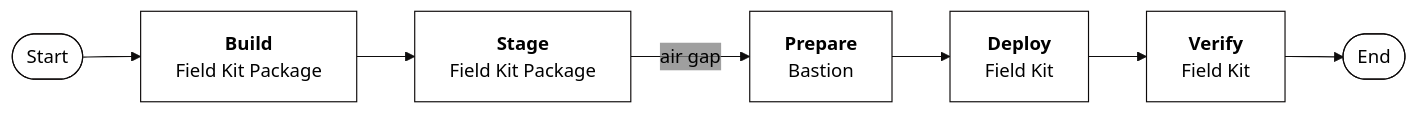
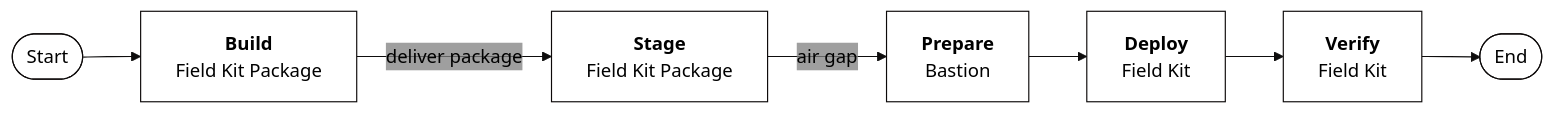
The diagram in workflow/diagram-process.md (ppremru/LaunchFieldKitAdoption), drawn with Mermaid before and after one commit. The commit also changed 9 other files, not shown here.

````diff
--- a/workflow/diagram-process.md
+++ b/workflow/diagram-process.md
@@ -3,27 +3,27 @@
 ```mermaid
 ---
 config:
   theme: 'base'
   themeVariables:
     primaryColor: '#FFFFFFFF'
     primaryTextColor: '#000000'
     primaryBorderColor: '#0c0909ff'
     clusterBkg: '#80808080'
     lineColor: '#0e0d0dff'
     secondaryColor: '#80808080'
 ---
 flowchart LR
   Title([Start])
   Build["`**Build** 
     Field Kit Package`"]
   Deliver["`**Stage** 
     Field Kit Package`"]
   Prep["`**Prepare** 
     Bastion`"]
   Deploy["`**Deploy** 
     Field Kit`"]
   FieldKit["`**Verify** 
     Field Kit`"]
   Foot([End])
-  Title --> Build  --> Deliver -- air gap --> Prep --> Deploy --> FieldKit --> Foot
+  Title --> Build  -- deliver package --> Deliver -- air gap --> Prep --> Deploy --> FieldKit --> Foot
 ```
````
